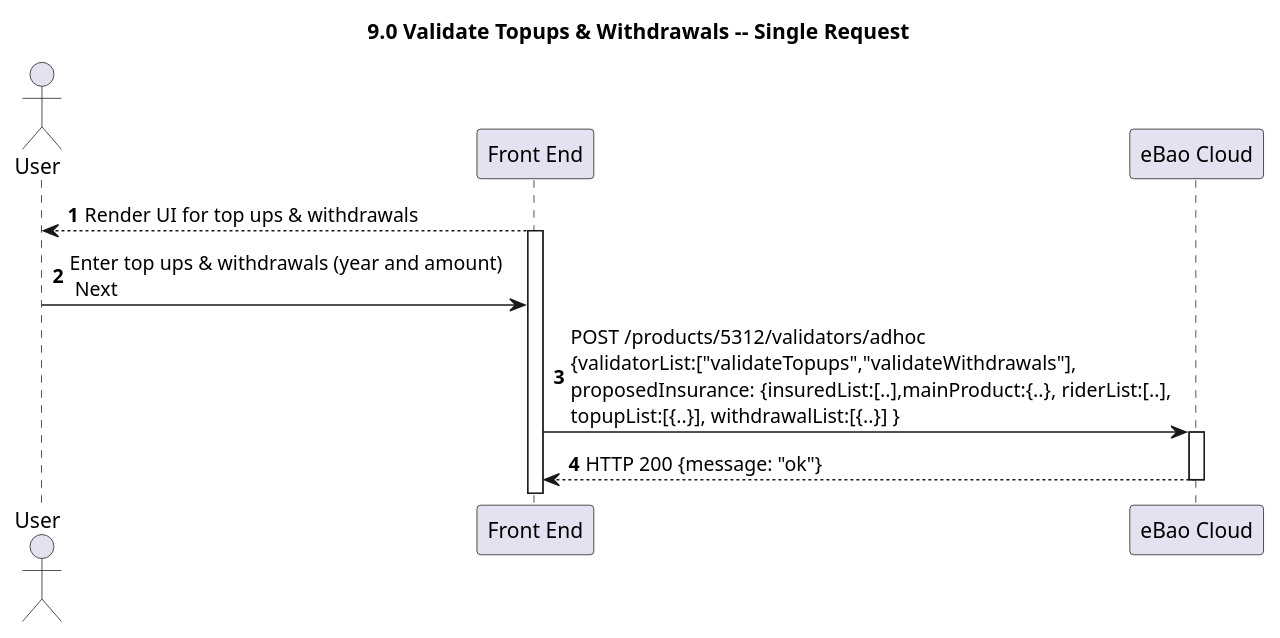
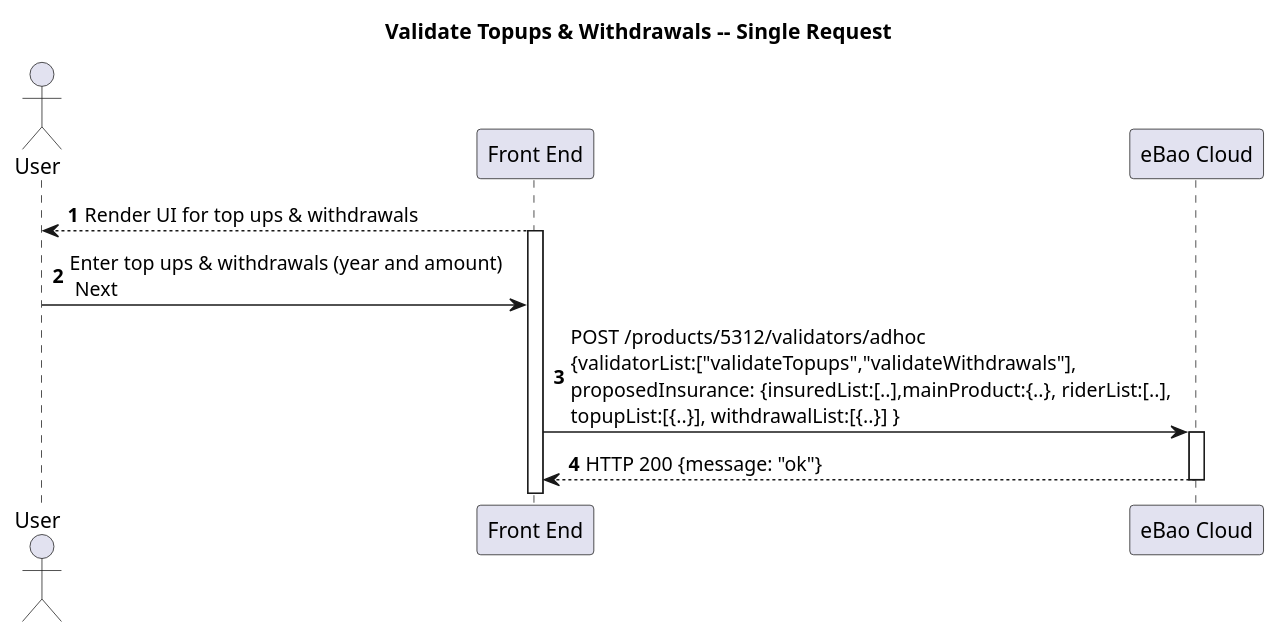
Diagram 11 of 12 in markdown/products-2.md (yitchoong/cloudapi), drawn with PlantUML before and after one commit. The commit also changed other lines of this file and 5 other files, not shown here.

````diff
--- a/markdown/products-2.md
+++ b/markdown/products-2.md
@@ -493,16 +465,16 @@
 ```puml
-title **9.0 Validate Topups & Withdrawals -- Single Request**
+title **Validate Topups & Withdrawals -- Single Request**
 actor "User" as user
 participant "Front End" as front
 participant "eBao Cloud" as ebao
 autonumber
 
 front --> user : Render UI for top ups & withdrawals
 activate front
 user -> front : Enter top ups & withdrawals (year and amount)\n Next
 front -> ebao: POST /products/5312/validators/adhoc\n{validatorList:["validateTopups","validateWithdrawals"],\nproposedInsurance: {insuredList:[..],mainProduct:{..}, riderList:[..],\ntopupList:[{..}], withdrawalList:[{..}] }
 activate ebao
 ebao --> front : HTTP 200 {message: "ok"}
 deactivate ebao
 
 ```
````
